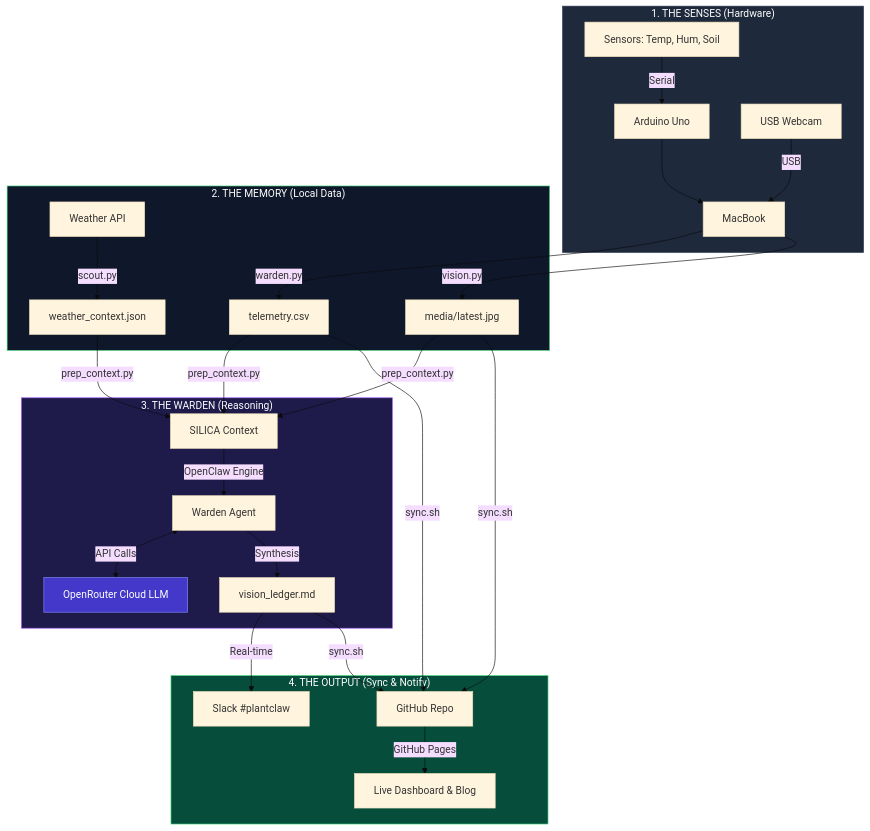
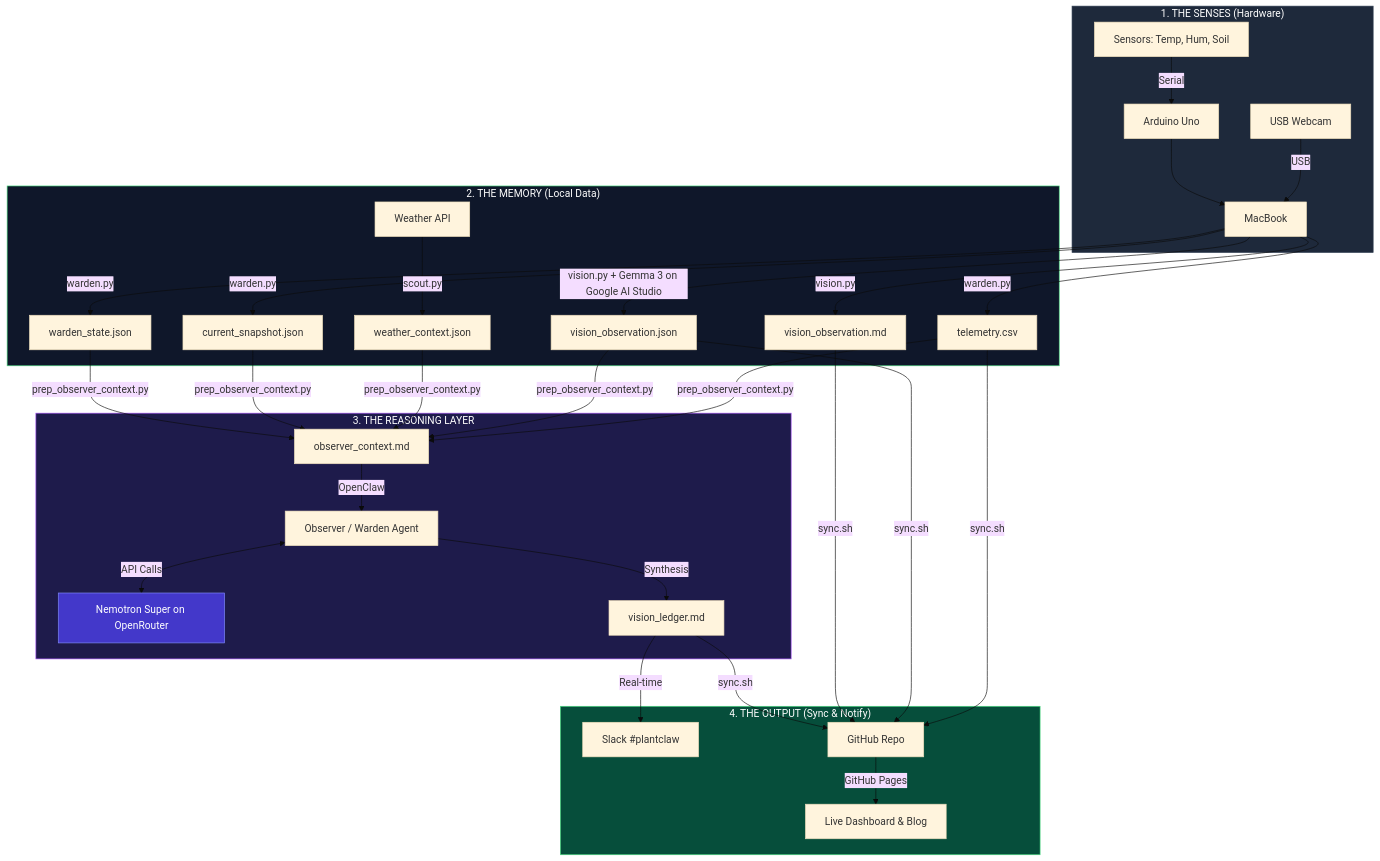
The diagram in src/docs/architecture.md (surendranb/gardenbot), drawn with Mermaid (base theme) before and after one commit. The commit also changed other lines of this file and 8 other files, not shown here.

````diff
--- a/src/docs/architecture.md
+++ b/src/docs/architecture.md
@@ -20,38 +20,41 @@
 ```mermaid
 graph TD
     %% Layer 1: Physical
     subgraph Physical["1. THE SENSES (Hardware)"]
         S[Sensors: Temp, Hum, Soil] -->|Serial| AR[Arduino Uno]
         CAM[USB Webcam] -->|USB| MB[MacBook]
         AR --> MB
     end
 
     %% Layer 2: Local Processing (The Memory)
     subgraph Local["2. THE MEMORY (Local Data)"]
         MB -->|warden.py| CSV[telemetry.csv]
-        MB -->|vision.py| IMG[media/latest.jpg]
+        MB -->|vision.py + Gemma 3 on Google AI Studio| VJS[vision_observation.json]
+        MB -->|vision.py| VMD[vision_observation.md]
+        MB -->|warden.py| SNS[current_snapshot.json]
+        MB -->|warden.py| STS[warden_state.json]
         API[Weather API] -->|scout.py| WTH[weather_context.json]
     end
 
-    %% Layer 3: Intelligence (OpenClaw Engine)
-    subgraph Intel["3. THE WARDEN (Reasoning)"]
-        CSV & IMG & WTH -->|prep_context.py| PREP[SILICA Context]
-        PREP -->|OpenClaw Engine| CLAW[Warden Agent]
-        CLAW <-->|API Calls| OR[OpenRouter Cloud LLM]
+    %% Layer 3: Intelligence (Reasoning)
+    subgraph Intel["3. THE REASONING LAYER"]
+        CSV & VJS & WTH & SNS & STS -->|prep_observer_context.py| PREP[observer_context.md]
+        PREP -->|OpenClaw| CLAW[Observer / Warden Agent]
+        CLAW <-->|API Calls| OR[Nemotron Super on OpenRouter]
         CLAW -->|Synthesis| LDG[vision_ledger.md]
     end
 
     %% Layer 4: Public Presence (The Voice)
     subgraph Public["4. THE OUTPUT (Sync & Notify)"]
         LDG -->|Real-time| SLK[Slack #plantclaw]
-        CSV & IMG & LDG -->|sync.sh| GH[GitHub Repo]
+        CSV & VJS & VMD & LDG -->|sync.sh| GH[GitHub Repo]
         GH -->|GitHub Pages| WEB[Live Dashboard & Blog]
     end
 
     %% Styling
     style Physical fill:#1e293b,stroke:#334155,color:#fff
     style Local fill:#0f172a,stroke:#4ade80,color:#fff
     style Intel fill:#1e1b4b,stroke:#a855f7,color:#fff
     style Public fill:#064e3b,stroke:#4ade80,color:#fff
     style OR fill:#4338ca,stroke:#818cf8,color:#fff
 ```
````
